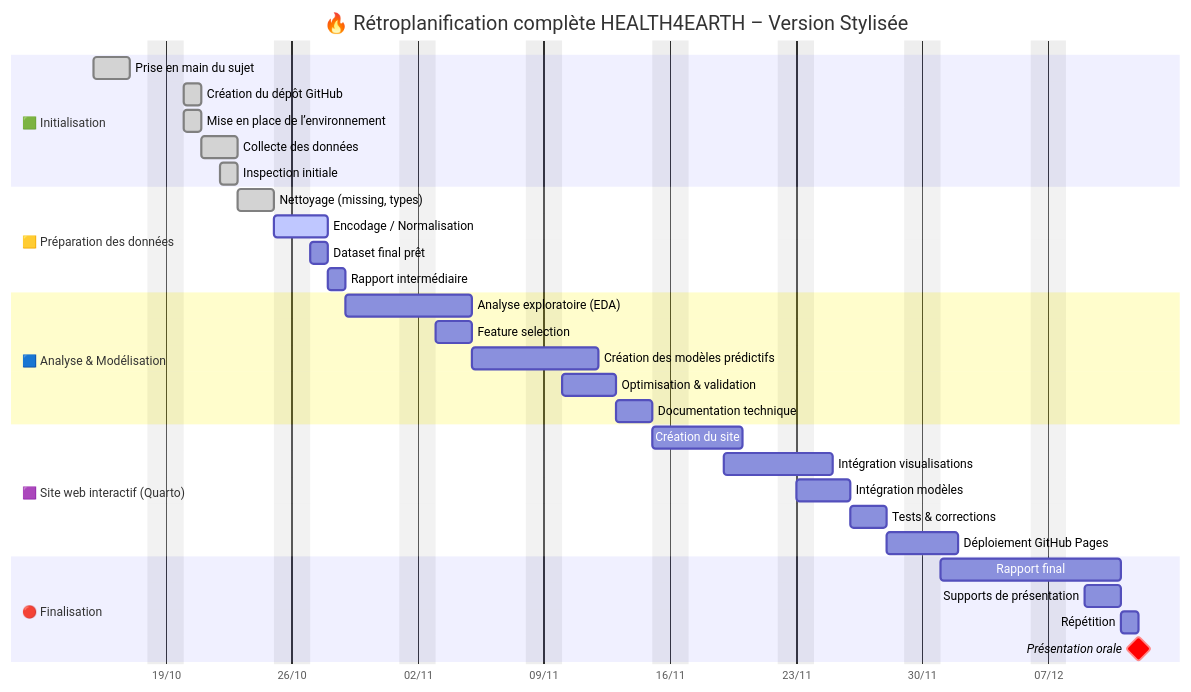
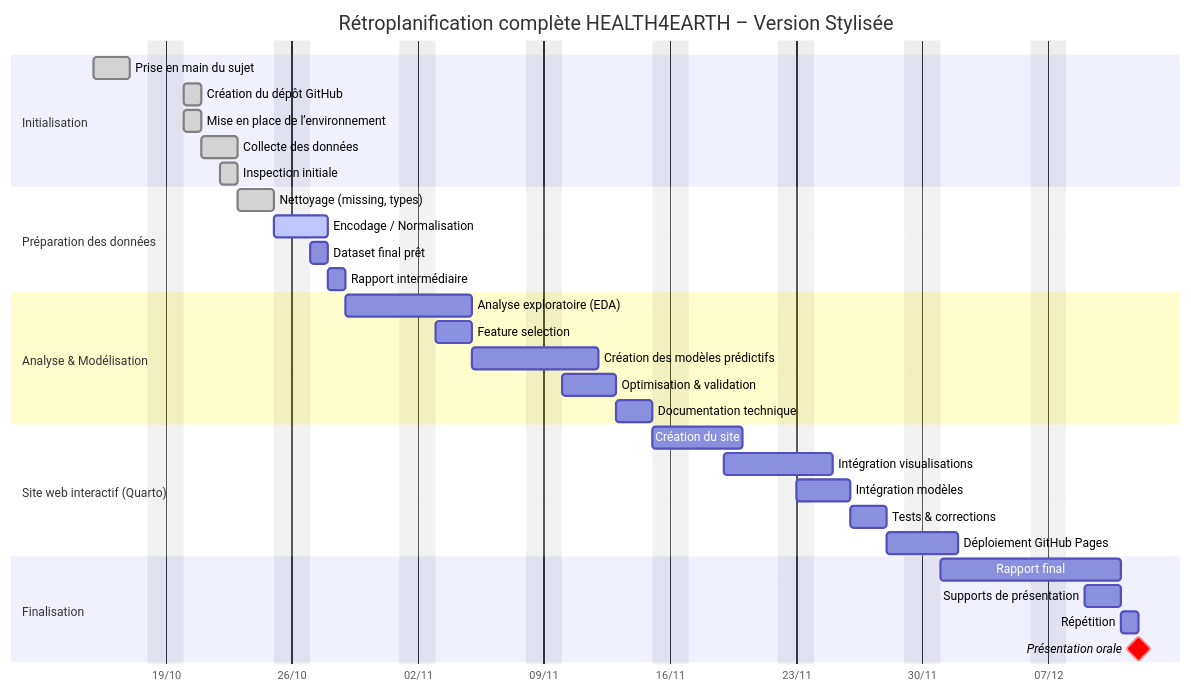
One commit to Modestedvlr/Health4Earth changed the diagram in docs/notes/gantt.md. Above: the diagram before and after it, drawn with Mermaid.

Commit message:
Modif diagramme de gantt

````diff
--- a/docs/notes/gantt.md
+++ b/docs/notes/gantt.md
@@ -1,79 +1,80 @@
 ```mermaid
+
 %%{init: {
     "theme": "default",
     "themeVariables": {
         "background": "#ffffff"
         "primaryColor": "#4CAF50",
         "primaryBorderColor": "#2E7D32",
         "primaryTextColor": "#fff",
         "secondaryColor": "#81C784",
         "secondaryTextColor": "#fff",
         "tertiaryColor": "#A5D6A7",
         "noteBkgColor": "#E8F5E9",
         "noteTextColor": "#1B5E20",
         "taskTextColor": "#1B5E20",
         "taskBkgColor": "#C8E6C9",
         "doneTaskBkgColor": "#9CCC65",
         "doneTaskTextColor": "#1B5E20",
         "activeTaskBkgColor": "#FFEB3B",
         "activeTaskTextColor": "#000",
         "critColor": "#E53935",
         "critBorderColor": "#B71C1C"
     }
 }}%%
 
 gantt
-    title 🔥 Rétroplanification complète HEALTH4EARTH – Version Stylisée
+    title Rétroplanification complète HEALTH4EARTH – Version Stylisée
     dateFormat  YYYY-MM-DD
     axisFormat  %d/%m
     todayMarker stroke-width:3px,stroke:#FF0000
     excludes    weekends
 
     %% -----------------------------
     %% PHASE 1 — INITIALISATION
     %% -----------------------------
-    section 🟩 Initialisation
+    section Initialisation
     Prise en main du sujet                    :done,    2025-10-15, 2d
     Création du dépôt GitHub                  :done,    2025-10-20, 1d
     Mise en place de l’environnement          :done,    2025-10-20, 1d
     Collecte des données                      :done,    2025-10-21, 2d
     Inspection initiale                       :done,    2025-10-22, 1d
 
     %% -----------------------------
     %% PHASE 2 — PREP & CLEANING
     %% -----------------------------
-    section 🟨 Préparation des données
+    section Préparation des données
     Nettoyage (missing, types)                :done,    2025-10-23, 2d
     Encodage / Normalisation                  :active,  2025-10-25, 2d
     Dataset final prêt                        :2025-10-27, 1d
     Rapport intermédiaire                     :2025-10-28, 1d
 
     %% -----------------------------
     %% PHASE 3 — ANALYSE & MODEL
     %% -----------------------------
-    section 🟦 Analyse & Modélisation
+    section Analyse & Modélisation
     Analyse exploratoire (EDA)                :2025-10-29, 5d
     Feature selection                         :2025-11-03, 2d
     Création des modèles prédictifs           :2025-11-05, 5d
     Optimisation & validation                 :2025-11-10, 3d
     Documentation technique                   :2025-11-13, 2d
 
     %% -----------------------------
     %% PHASE 4 — SITE WEB
     %% -----------------------------
-    section 🟪 Site web interactif (Quarto)
+    section Site web interactif (Quarto)
     Création du site                          :2025-11-15, 4d
     Intégration visualisations                :2025-11-19, 4d
     Intégration modèles                       :2025-11-23, 3d
     Tests & corrections                        :2025-11-26, 2d
     Déploiement GitHub Pages                  :2025-11-28, 2d
 
     %% -----------------------------
     %% PHASE 5 — FINALISATION
     %% -----------------------------
-    section 🔴 Finalisation
+    section Finalisation
     Rapport final                             :2025-12-01, 8d
     Supports de présentation                  :2025-12-09, 2d
     Répétition                                :2025-12-11, 1d
     Présentation orale                        :milestone, crit, 2025-12-12, 0d
 ```
````
